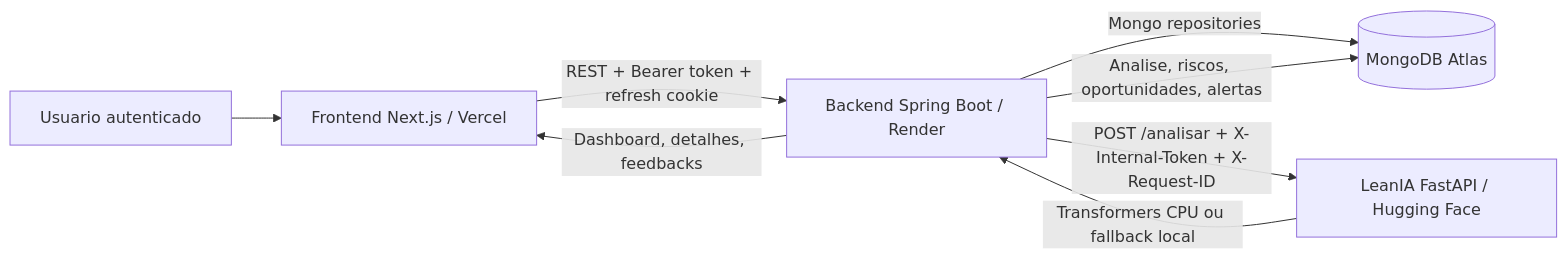
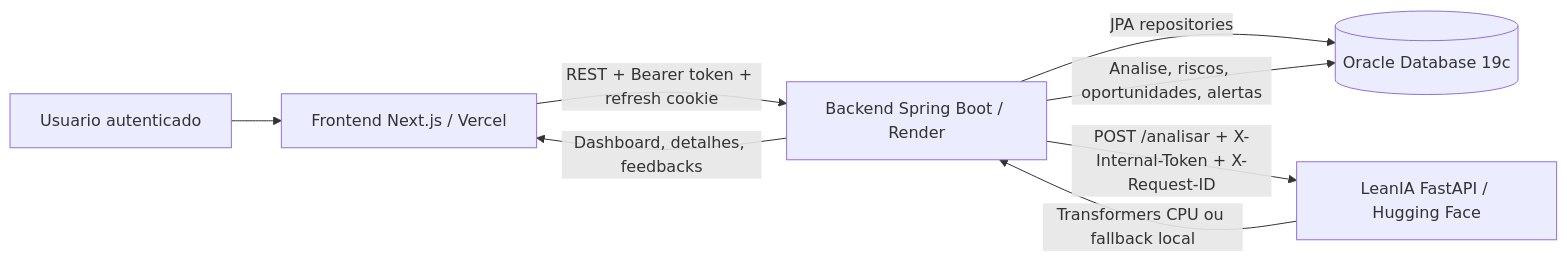
Before and after one commit to TLean07/totvs-conversational-ai: the diagram in docs/architecture.md, drawn with Mermaid. The commit also changed other lines of this file and 34 other files, not shown here.

````diff
--- a/docs/architecture.md
+++ b/docs/architecture.md
@@ -15,10 +15,10 @@
 ```mermaid
 flowchart LR
     U["Usuario autenticado"] --> F["Frontend Next.js / Vercel"]
     F -->|"REST + Bearer token + refresh cookie"| B["Backend Spring Boot / Render"]
-    B -->|"Mongo repositories"| DB[("MongoDB Atlas")]
+    B -->|"JPA repositories"| DB[("Oracle Database 19c")]
     B -->|"POST /analisar + X-Internal-Token + X-Request-ID"| AI["LeanIA FastAPI / Hugging Face"]
     AI -->|"Transformers CPU ou fallback local"| B
     B -->|"Analise, riscos, oportunidades, alertas"| DB
     B -->|"Dashboard, detalhes, feedbacks"| F
 ```
````
